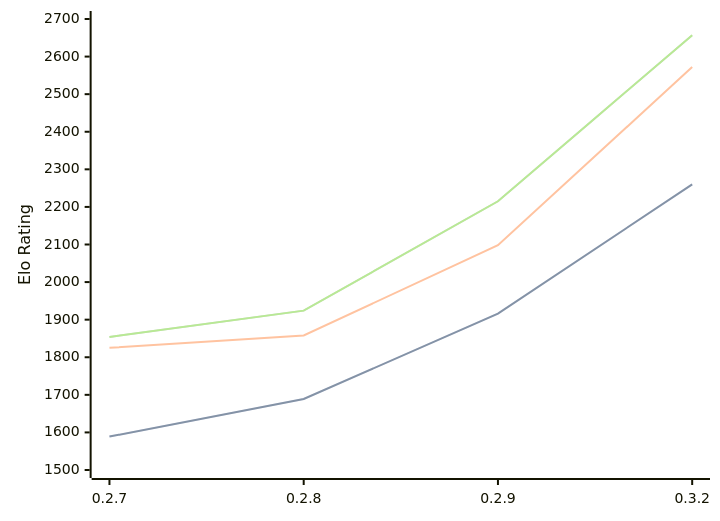
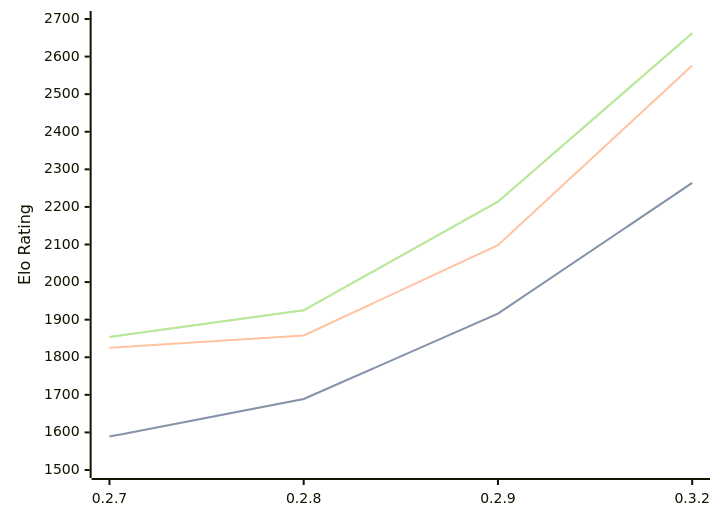
One commit to computer-chess-index/cci changed the first of 3 diagrams in engines/Dual.md. Above: the diagram before and after it, drawn with Mermaid. The commit also changed other lines of this file, not shown here.

Commit message:
Update CCI Ratings (ELO VLTC) - 2026-07-15

````diff
--- a/engines/Dual.md
+++ b/engines/Dual.md
@@ -44,11 +44,11 @@
 ```mermaid
 %%{init: {"theme":"base","themeVariables":{"seriesColors:['#a3a3a3','#222221','#faa371']}}}%%
 xychart-beta
   x-axis ["0.2.7", "0.2.8", "0.2.9", "0.3.2"]
   y-axis "Elo Rating" 1500 --> 2700
-  line "STC (8.0+0.08s)" [1589, 1689, 1916, 2260]
-  line "STC (8.0+0.08s)" [1589, 1689, 1916, 2260]
-  line "LTC (60.0+0.60s)" [1825, 1858, 2098, 2572]
-  line "VLTC (2m24s+1.12s)" [1854, 1924, 2215, 2657]
-  line "VLTC (2m24s+1.12s)" [1854, 1924, 2215, 2657]
+  line "STC (8.0+0.08s)" [1589, 1689, 1916, 2264]
+  line "STC (8.0+0.08s)" [1589, 1689, 1916, 2264]
+  line "LTC (60.0+0.60s)" [1825, 1858, 2098, 2576]
+  line "VLTC (2m24s+1.12s)" [1854, 1925, 2214, 2662]
+  line "VLTC (2m24s+1.12s)" [1854, 1925, 2214, 2662]
 ```
````
